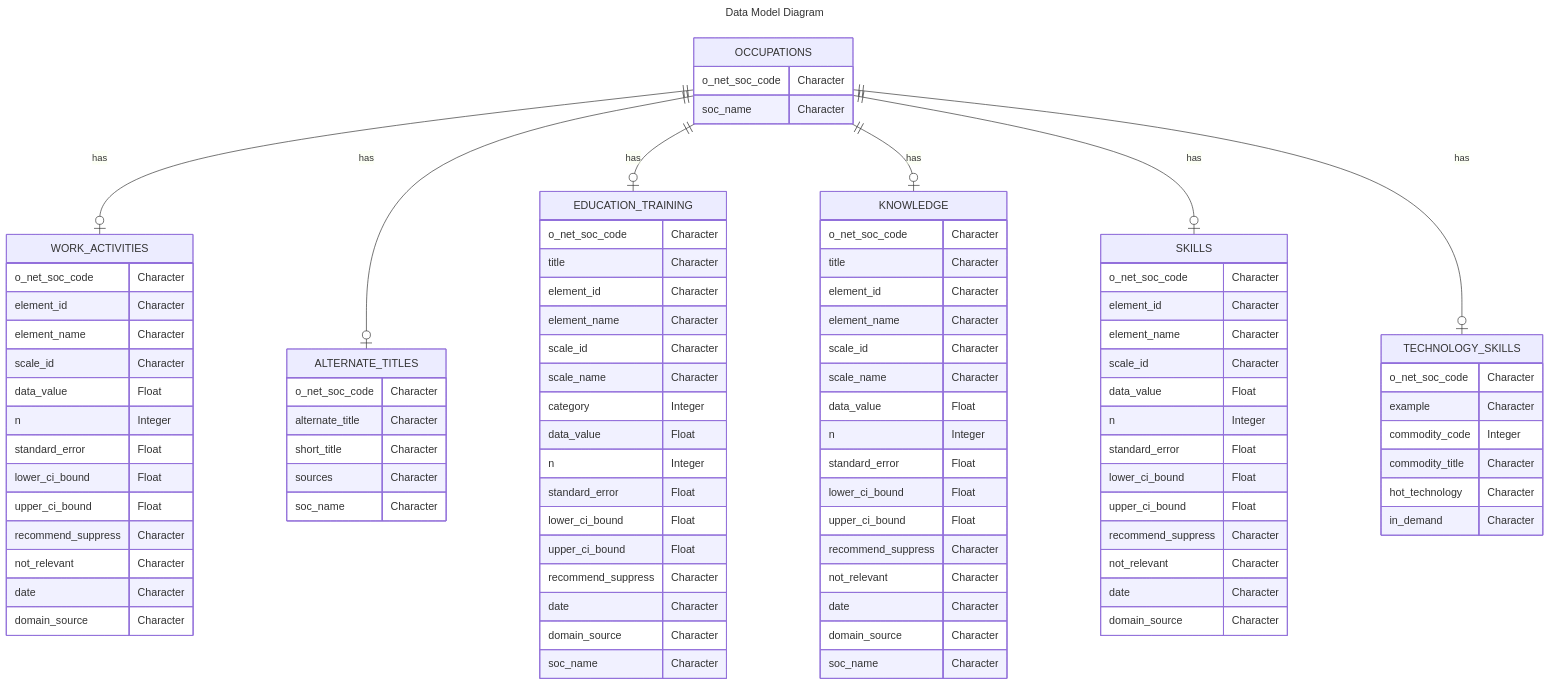
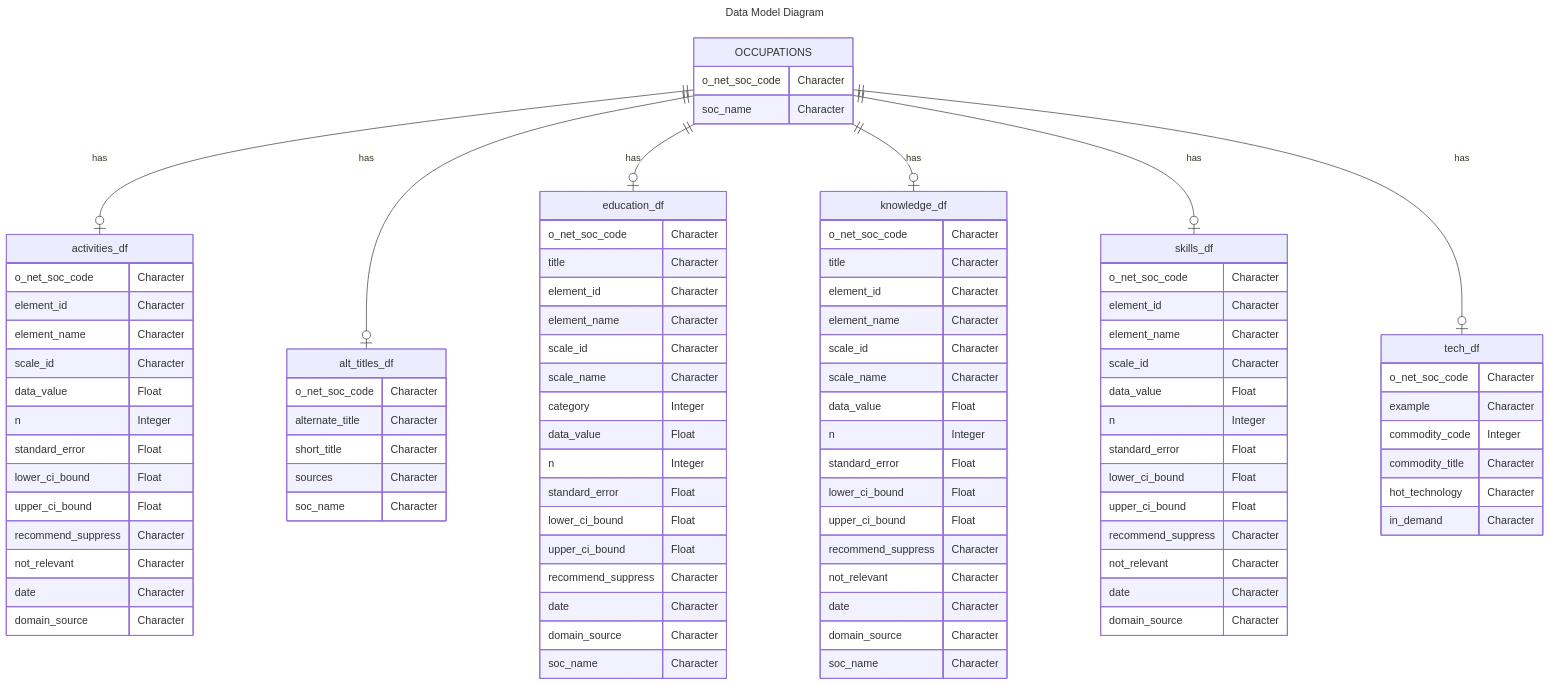
One commit to kevinhav/DATA607_project_3 changed the diagram in docs/solution_architecture.md. Above: the diagram before and after it, drawn with Mermaid.

````diff
--- a/docs/solution_architecture.md
+++ b/docs/solution_architecture.md
@@ -184,7 +184,7 @@
         soc_name Character
     }
 
-    WORK_ACTIVITIES {
+    activities_df {
         o_net_soc_code Character
         element_id Character
         element_name Character
@@ -200,7 +200,7 @@
         domain_source Character
     }
 
-    ALTERNATE_TITLES {
+    alt_titles_df {
         o_net_soc_code Character
         alternate_title Character
         short_title Character
@@ -208,7 +208,7 @@
         soc_name Character
     }
 
-    EDUCATION_TRAINING {
+    education_df {
         o_net_soc_code Character
         title Character
         element_id Character
@@ -227,7 +227,7 @@
         soc_name Character
     }
 
-    KNOWLEDGE {
+    knowledge_df {
         o_net_soc_code Character
         title Character
         element_id Character
@@ -246,7 +246,7 @@
         soc_name Character
     }
 
-    SKILLS {
+    skills_df {
         o_net_soc_code Character
         element_id Character
         element_name Character
@@ -262,7 +262,7 @@
         domain_source Character
     }
 
-    TECHNOLOGY_SKILLS {
+    tech_df {
         o_net_soc_code Character
         example Character
         commodity_code Integer
@@ -271,10 +271,10 @@
         in_demand Character
     }
 
-    OCCUPATIONS ||--o| WORK_ACTIVITIES : has
-    OCCUPATIONS ||--o| ALTERNATE_TITLES : has
-    OCCUPATIONS ||--o| EDUCATION_TRAINING : has
-    OCCUPATIONS ||--o| KNOWLEDGE : has
-    OCCUPATIONS ||--o| SKILLS : has
-    OCCUPATIONS ||--o| TECHNOLOGY_SKILLS : has
+    OCCUPATIONS ||--o| activities_df : has
+    OCCUPATIONS ||--o| alt_titles_df : has
+    OCCUPATIONS ||--o| education_df : has
+    OCCUPATIONS ||--o| knowledge_df : has
+    OCCUPATIONS ||--o| skills_df : has
+    OCCUPATIONS ||--o| tech_df : has
 ```
````
